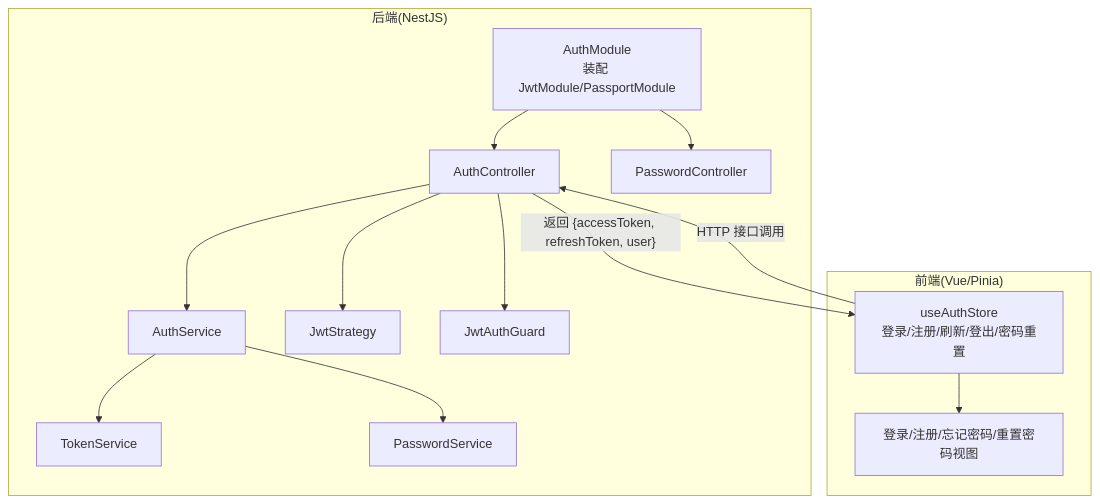
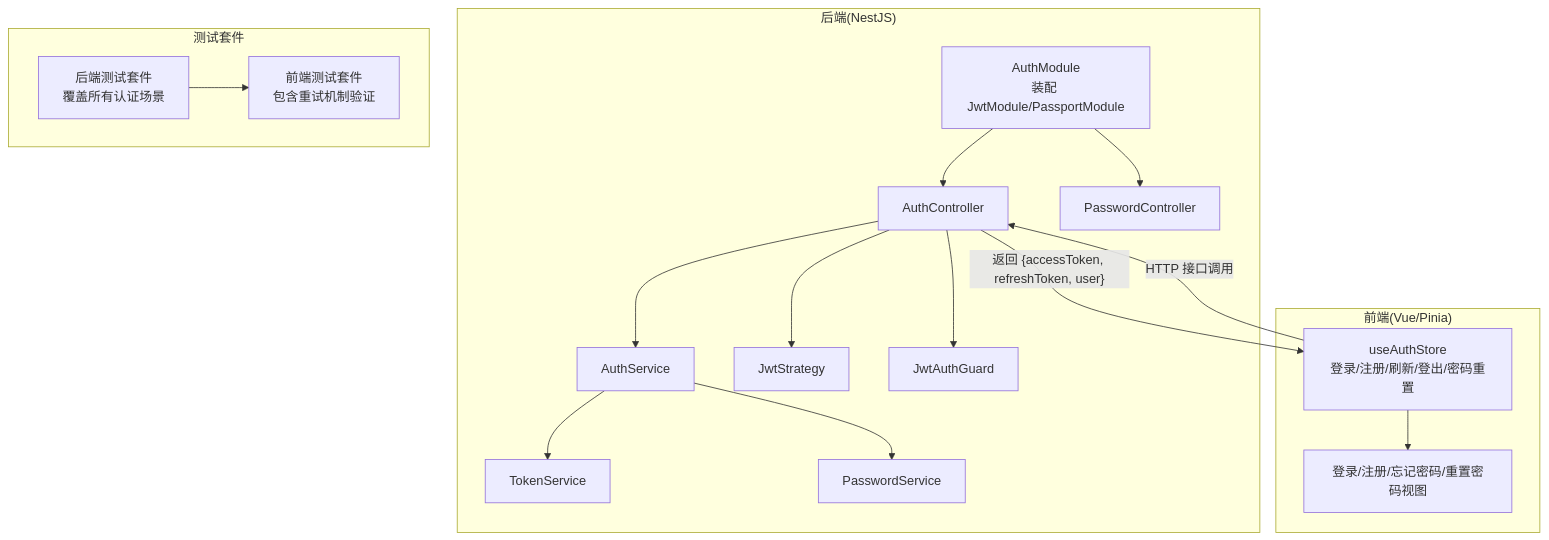
The first of 10 diagrams in .qoder/repowiki/zh/content/核心模块/用户认证系统/用户认证系统.md (xixixiaoyu/Todo), drawn with Mermaid before and after one commit. The commit also changed other lines of this file and 3 other files, not shown here.

````diff
--- a/.qoder/repowiki/zh/content/核心模块/用户认证系统/用户认证系统.md
+++ b/.qoder/repowiki/zh/content/核心模块/用户认证系统/用户认证系统.md
@@ -56,17 +73,20 @@
 ```mermaid
 graph TB
 subgraph "后端(NestJS)"
 AM["AuthModule<br/>装配 JwtModule/PassportModule"] --> AC["AuthController"]
 AM --> PC["PasswordController"]
 AC --> AS["AuthService"]
 AS --> TS["TokenService"]
 AS --> PS["PasswordService"]
 AC --> JS["JwtStrategy"]
 AC --> JG["JwtAuthGuard"]
 end
 subgraph "前端(Vue/Pinia)"
 FE_Store["useAuthStore<br/>登录/注册/刷新/登出/密码重置"] --> FE_Views["登录/注册/忘记密码/重置密码视图"]
 end
+subgraph "测试套件"
+BE_Tests["后端测试套件<br/>覆盖所有认证场景"] --> FE_Tests["前端测试套件<br/>包含重试机制验证"]
+end
 FE_Store -- "HTTP 接口调用" --> AC
 AC -- "返回 {accessToken, refreshToken, user}" --> FE_Store
 ```
````
